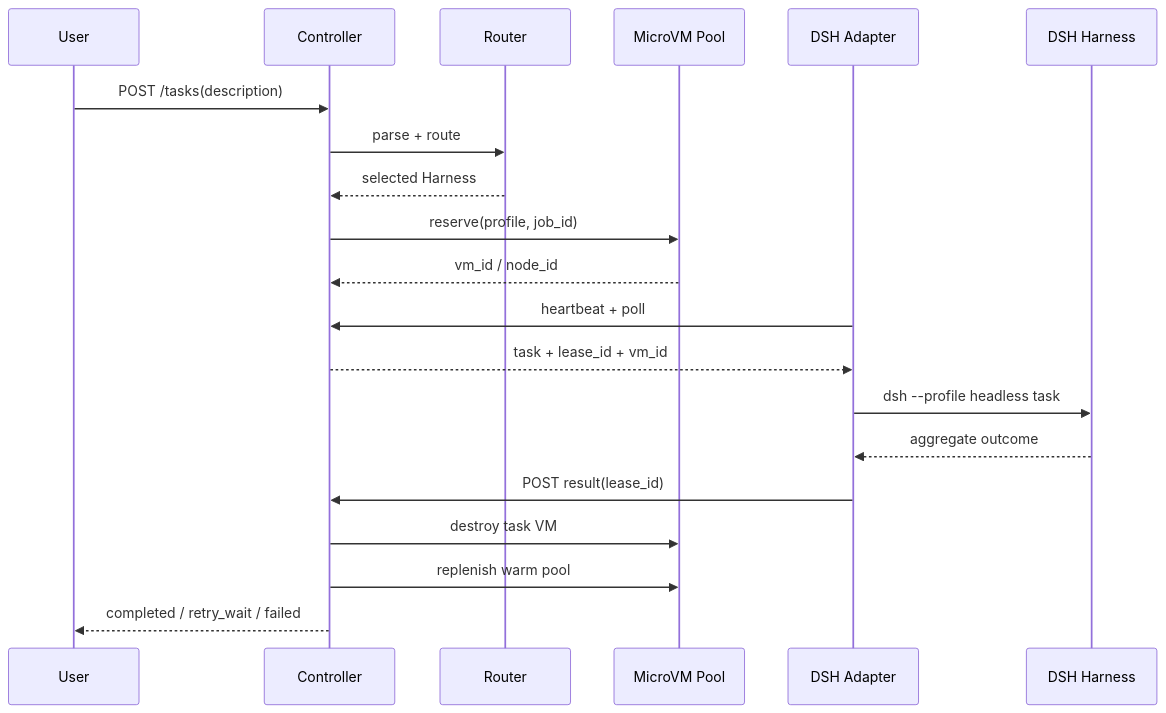
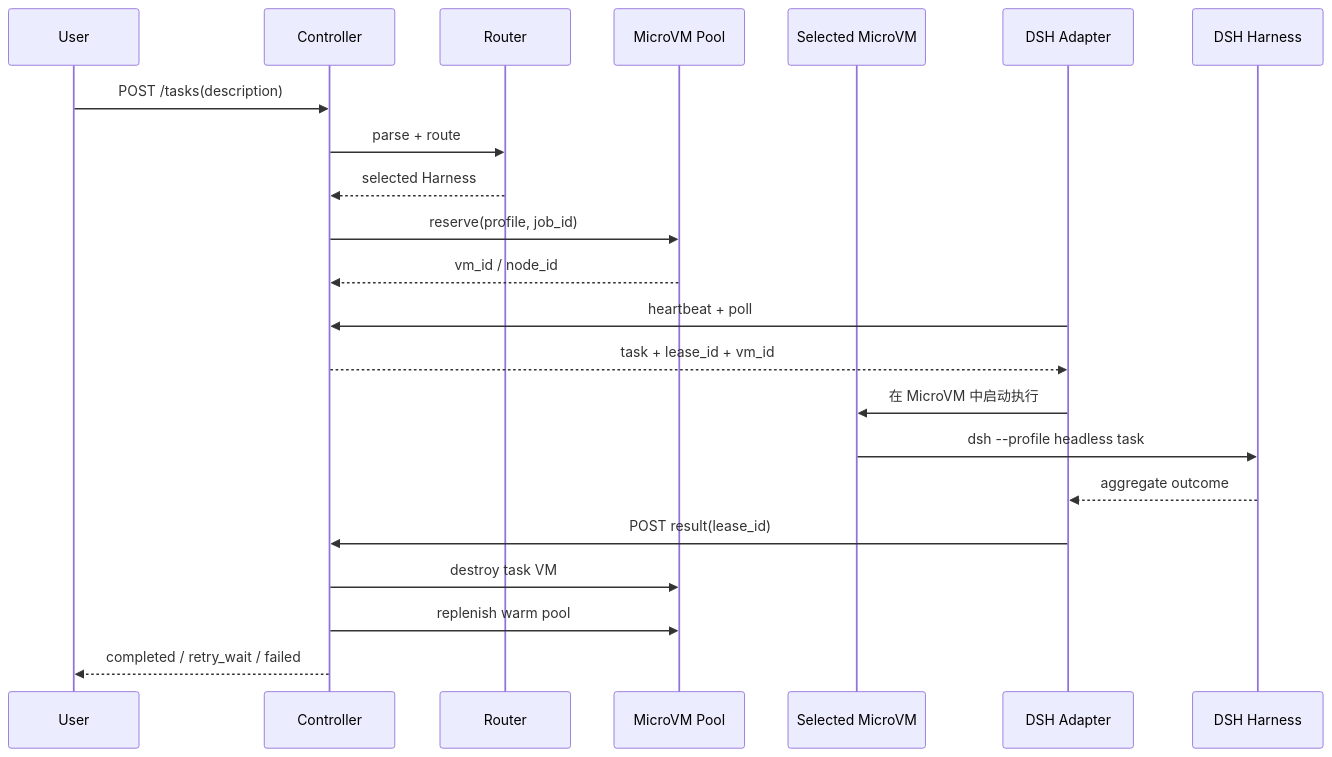
One commit to ahuidffwkjf/heterogeneous-agent-routing changed the second of 2 diagrams in docs/architecture_v2.md. Above: the diagram before and after it, drawn with Mermaid. The commit also changed other lines of this file and 1 other file, not shown here.

Commit message:
Simplify architecture diagrams

````diff
--- a/docs/architecture_v2.md
+++ b/docs/architecture_v2.md
@@ -84,23 +23,25 @@
 ```mermaid
 sequenceDiagram
     participant U as User
     participant C as Controller
     participant R as Router
     participant P as MicroVM Pool
+    participant V as Selected MicroVM
     participant A as DSH Adapter
     participant D as DSH Harness
 
     U->>C: POST /tasks(description)
     C->>R: parse + route
     R-->>C: selected Harness
     C->>P: reserve(profile, job_id)
     P-->>C: vm_id / node_id
     A->>C: heartbeat + poll
     C-->>A: task + lease_id + vm_id
-    A->>D: dsh --profile headless task
+    A->>V: 在 MicroVM 中启动执行
+    V->>D: dsh --profile headless task
     D-->>A: aggregate outcome
     A->>C: POST result(lease_id)
     C->>P: destroy task VM
     C->>P: replenish warm pool
     C-->>U: completed / retry_wait / failed
 ```
````
